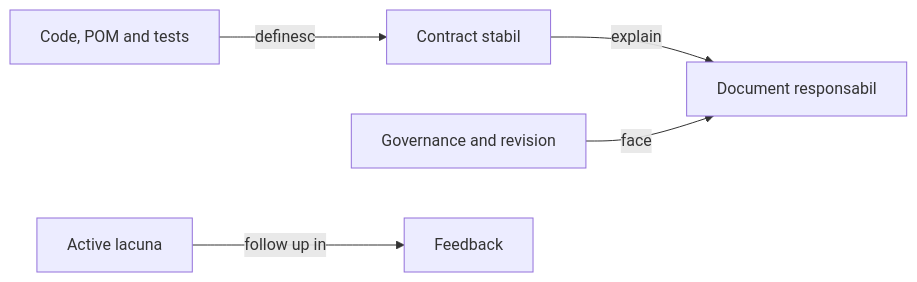
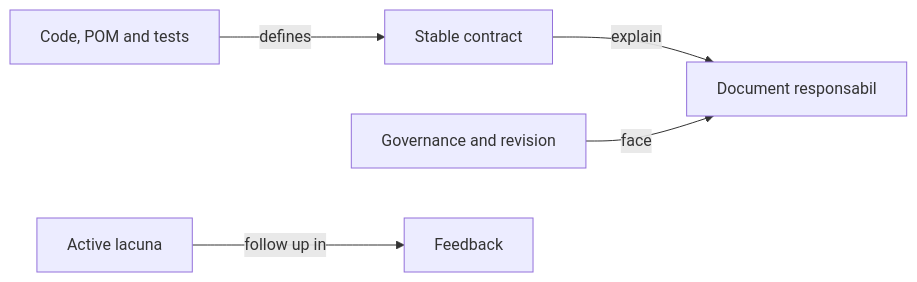
Before and after one commit to crististefanita/atf_j4: the diagram in docs/governance/ATF_Documentation.md, drawn with Mermaid. The commit also changed other lines of this file and 84 other files, not shown here.

````diff
--- a/docs/governance/ATF_Documentation.md
+++ b/docs/governance/ATF_Documentation.md
@@ -9,7 +9,7 @@
 ```mermaid
 flowchart LR
-    SOURCE[Code, POM and tests] -->|definesc| CONTRACT[Contract stabil]
+    SOURCE[Code, POM and tests] -->|defines| CONTRACT[Stable contract]
     CONTRACT -->|explain| DOC[Document responsabil]
     CHECK[Governance and revision] -->|face| DOC
     GAP[Active lacuna] -->|follow up in| FEEDBACK[Feedback]
 ```
````
